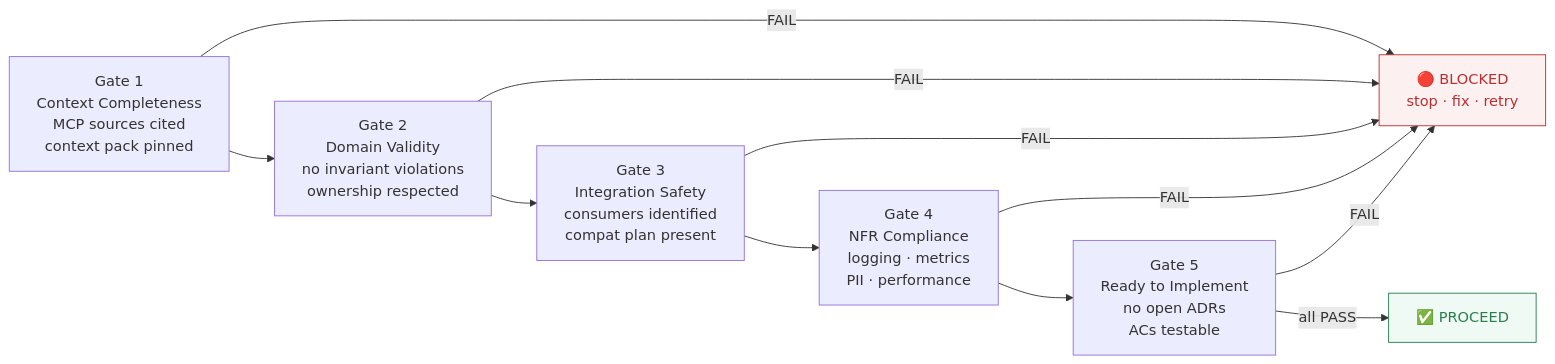
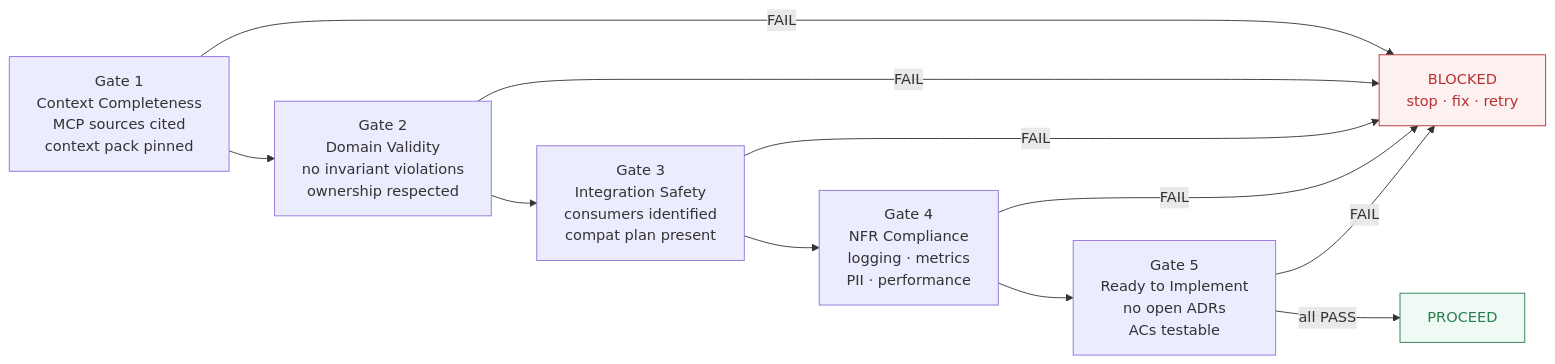
One commit to javierhbr/agnostic-agent-loop changed the fifth of 8 diagrams in docs/sdd-mcp/operation model/six-pager-01.md. Above: the diagram before and after it, drawn with Mermaid. The commit also changed other lines of this file and 62 other files, not shown here.

````diff
--- a/docs/sdd-mcp/operation model/six-pager-01.md
+++ b/docs/sdd-mcp/operation model/six-pager-01.md
@@ -427,21 +487,21 @@
 ```mermaid
 flowchart LR
     G1["Gate 1\nContext Completeness\nMCP sources cited\ncontext pack pinned"]
     G2["Gate 2\nDomain Validity\nno invariant violations\nownership respected"]
     G3["Gate 3\nIntegration Safety\nconsumers identified\ncompat plan present"]
     G4["Gate 4\nNFR Compliance\nlogging · metrics\nPII · performance"]
     G5["Gate 5\nReady to Implement\nno open ADRs\nACs testable"]
-    BLOCK["🔴 BLOCKED\nstop · fix · retry"]
-    PASS["✅ PROCEED"]
+    BLOCK["BLOCKED\nstop · fix · retry"]
+    PASS["PROCEED"]
 
     G1 --> G2 --> G3 --> G4 --> G5
     G1 -->|FAIL| BLOCK
     G2 -->|FAIL| BLOCK
     G3 -->|FAIL| BLOCK
     G4 -->|FAIL| BLOCK
     G5 -->|FAIL| BLOCK
     G5 -->|all PASS| PASS
 
     style BLOCK fill:#fdf0f0,stroke:#b93030,color:#b93030
     style PASS fill:#f0faf4,stroke:#2a7d4f,color:#2a7d4f
 ```
````
